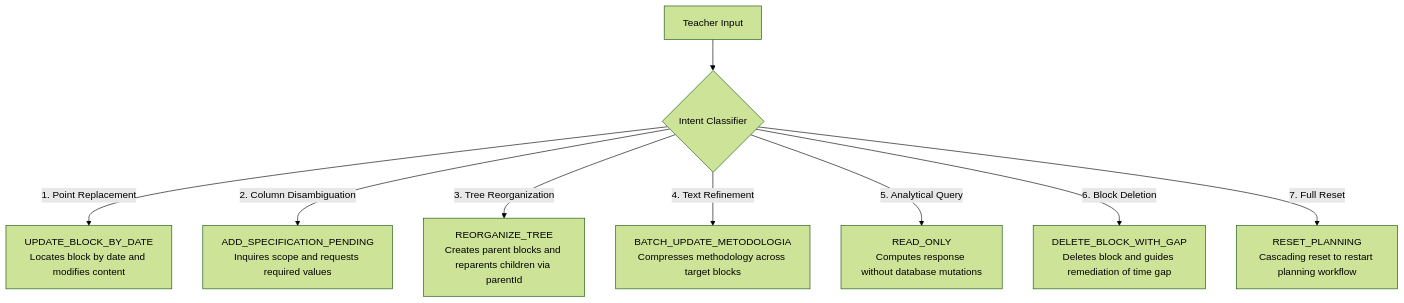
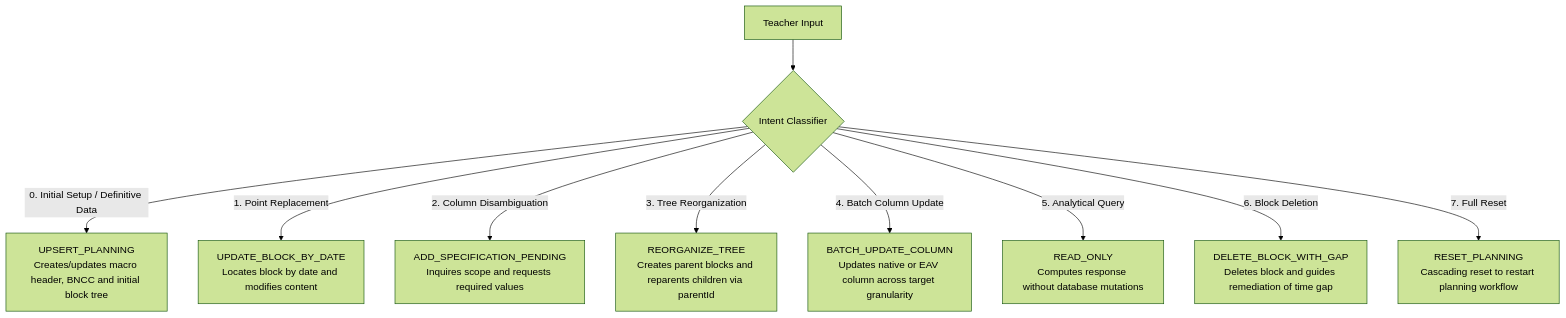
The diagram in apps/service/docs/planning/04_INTENT_CATALOG.md (azevgabriel/teachy-test), drawn with Mermaid (forest theme) before and after one commit. The commit also changed other lines of this file and 3 other files, not shown here.

Commit message:
docs(planning): update architecture specs for audit trail, streaming safety, and intent catalog

````diff
--- a/apps/service/docs/planning/04_INTENT_CATALOG.md
+++ b/apps/service/docs/planning/04_INTENT_CATALOG.md
@@ -13,12 +13,13 @@
 ```mermaid
 flowchart TD
     Msg["Teacher Input"] --> Classifier{"Intent Classifier"}
     
+    Classifier -->|0. Initial Setup / Definitive Data| I0["UPSERT_PLANNING\nCreates/updates macro header, BNCC and initial block tree"]
     Classifier -->|1. Point Replacement| I1["UPDATE_BLOCK_BY_DATE\nLocates block by date and modifies content"]
     Classifier -->|2. Column Disambiguation| I2["ADD_SPECIFICATION_PENDING\nInquires scope and requests required values"]
     Classifier -->|3. Tree Reorganization| I3["REORGANIZE_TREE\nCreates parent blocks and reparents children via parentId"]
-    Classifier -->|4. Text Refinement| I4["BATCH_UPDATE_METODOLOGIA\nCompresses methodology across target blocks"]
+    Classifier -->|4. Batch Column Update| I4["BATCH_UPDATE_COLUMN\nUpdates native or EAV column across target granularity"]
     Classifier -->|5. Analytical Query| I5["READ_ONLY\nComputes response without database mutations"]
     Classifier -->|6. Block Deletion| I6["DELETE_BLOCK_WITH_GAP\nDeletes block and guides remediation of time gap"]
     Classifier -->|7. Full Reset| I7["RESET_PLANNING\nCascading reset to restart planning workflow"]
 ```
````
